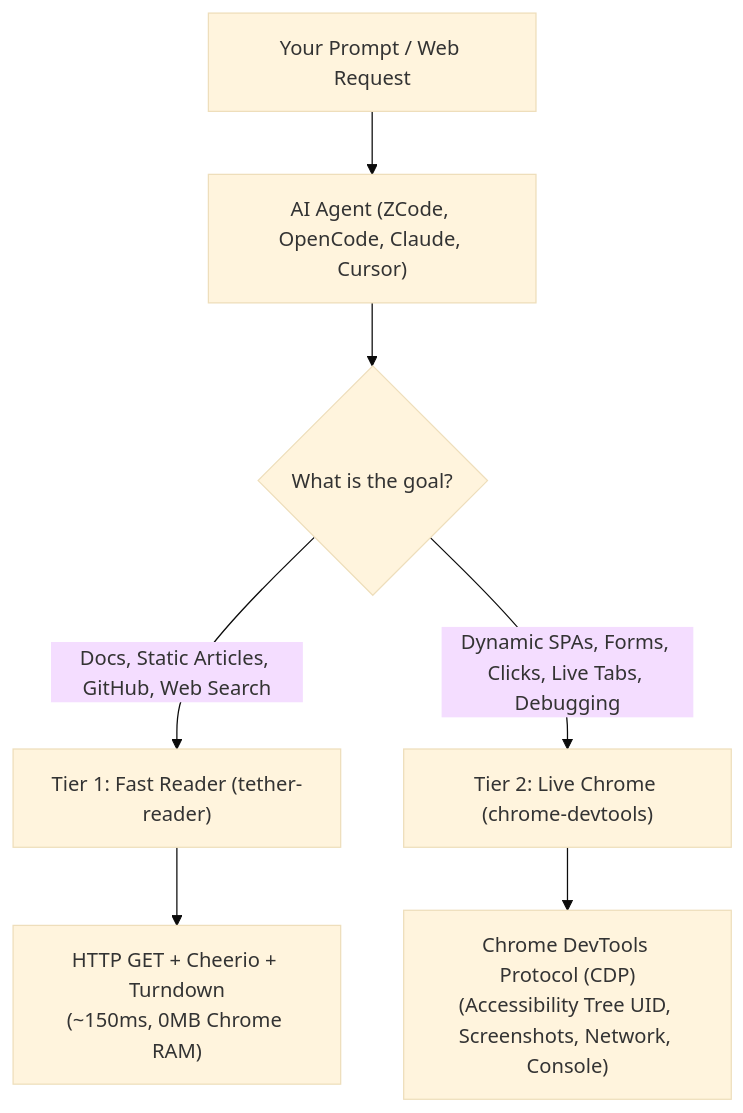
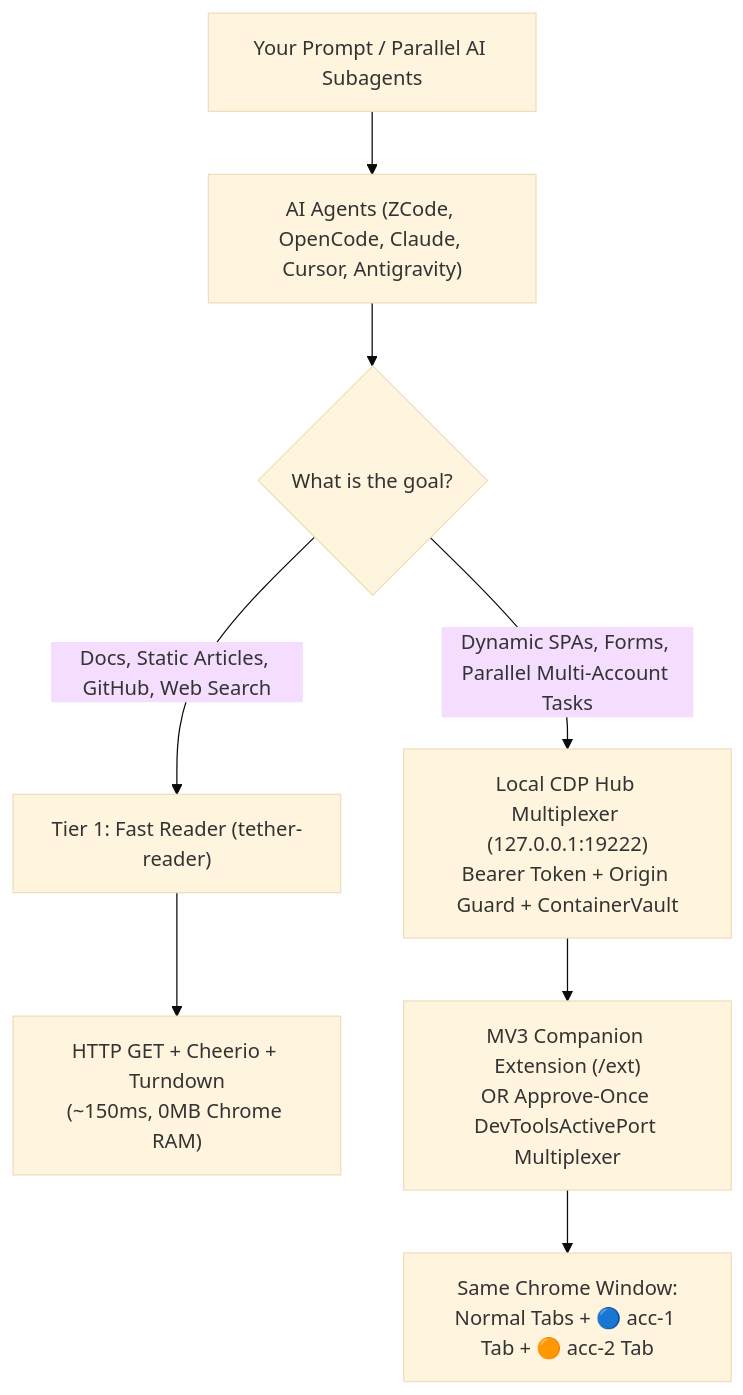
The diagram in README.md (toannguyen3107/chrometether), drawn with Mermaid (base theme) before and after one commit. The commit also changed other lines of this file and 1 other file, not shown here.

Commit message:
docs(readme): document Local CDP Hub, MV3 extension & same-window container tabs

````diff
--- a/README.md
+++ b/README.md
@@ -17,11 +18,12 @@
 ```mermaid
 flowchart TD
-    User["Your Prompt / Web Request"] --> Agent["AI Agent (ZCode, OpenCode, Claude, Cursor)"]
+    User["Your Prompt / Parallel AI Subagents"] --> Agent["AI Agents (ZCode, OpenCode, Claude, Cursor, Antigravity)"]
     Agent --> Decision{"What is the goal?"}
     
     Decision -- "Docs, Static Articles, GitHub, Web Search" --> Tier1["Tier 1: Fast Reader (tether-reader)"]
     Tier1 --> Res1["HTTP GET + Cheerio + Turndown\n(~150ms, 0MB Chrome RAM)"]
     
-    Decision -- "Dynamic SPAs, Forms, Clicks, Live Tabs, Debugging" --> Tier2["Tier 2: Live Chrome (chrome-devtools)"]
-    Tier2 --> Res2["Chrome DevTools Protocol (CDP)\n(Accessibility Tree UID, Screenshots, Network, Console)"]
+    Decision -- "Dynamic SPAs, Forms, Parallel Multi-Account Tasks" --> Hub["Local CDP Hub Multiplexer (127.0.0.1:19222)\nBearer Token + Origin Guard + ContainerVault"]
+    Hub --> Ext["MV3 Companion Extension (/ext)\nOR Approve-Once DevToolsActivePort Multiplexer"]
+    Ext --> Tabs["Same Chrome Window:\nNormal Tabs + 🔵 acc-1 Tab + 🟠 acc-2 Tab"]
 ```
````
